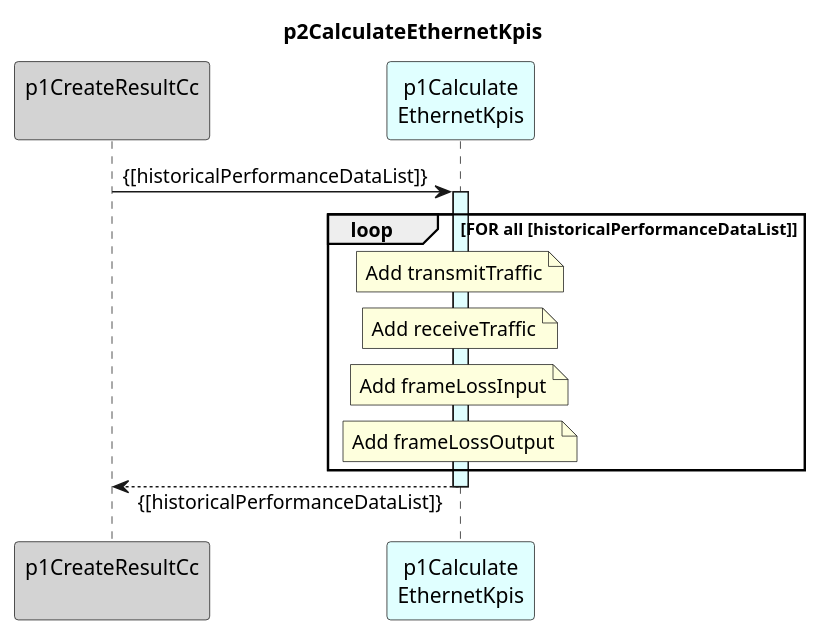
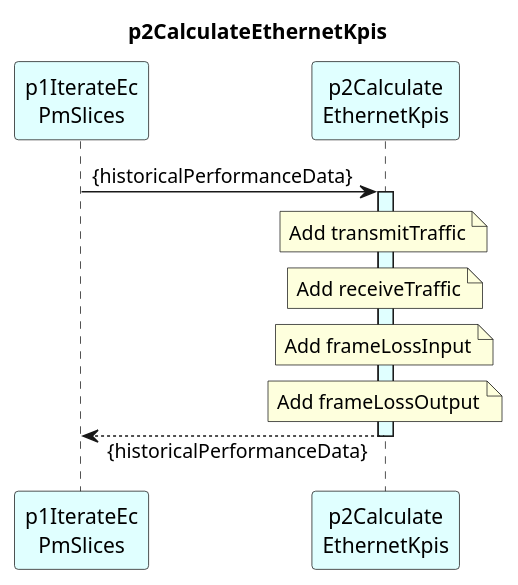
One commit to openBackhaul/DevicePerformanceManagementDataProcessor changed the diagram in spec/Functions/p1StreamPmData/p1ProcessDevice/p1CreateResultCc/p1IterateEcPmSlices/p2CalculateEthernetKpis/1.0.0/p2CalculateEthernetKpis.plantuml. Above: the diagram before and after it, drawn with PlantUML. The commit also changed 6 other files, not shown here.

Commit message:
Specify p2CalculateEthernetKpis

```diff
--- a/spec/Functions/p1StreamPmData/p1ProcessDevice/p1CreateResultCc/p1IterateEcPmSlices/p2CalculateEthernetKpis/1.0.0/p2CalculateEthernetKpis.plantuml
+++ b/spec/Functions/p1StreamPmData/p1ProcessDevice/p1CreateResultCc/p1IterateEcPmSlices/p2CalculateEthernetKpis/1.0.0/p2CalculateEthernetKpis.plantuml
@@ -1,39 +1,35 @@
 @startuml p2CalculateEthernetKpis
 skinparam responseMessageBelowArrow true
 
 title
   p2CalculateEthernetKpis
 end title
 
-participant "p1CreateResultCc\n" as requestor #LightGrey
-participant "p1Calculate\nEthernetKpis" as ethKpis #LightCyan
+participant "p1IterateEc\nPmSlices" as requestor #LightCyan
+participant "p2Calculate\nEthernetKpis" as ethKpis #LightCyan
 
-requestor -> ethKpis : {[historicalPerformanceDataList]}
+requestor -> ethKpis : {historicalPerformanceData}
 activate ethKpis #LightCyan
-
-  loop FOR all [historicalPerformanceDataList]
 
     note over ethKpis
       Add transmitTraffic
     end note
 
     note over ethKpis
       Add receiveTraffic
     end note
 
     note over ethKpis
       Add frameLossInput
     end note
 
     note over ethKpis
       Add frameLossOutput
     end note
 
-  end loop
-
-requestor <-- ethKpis : {[historicalPerformanceDataList]}
+requestor <-- ethKpis : {historicalPerformanceData}
 deactivate ethKpis
 
 deactivate requestor
 
 @enduml
```
